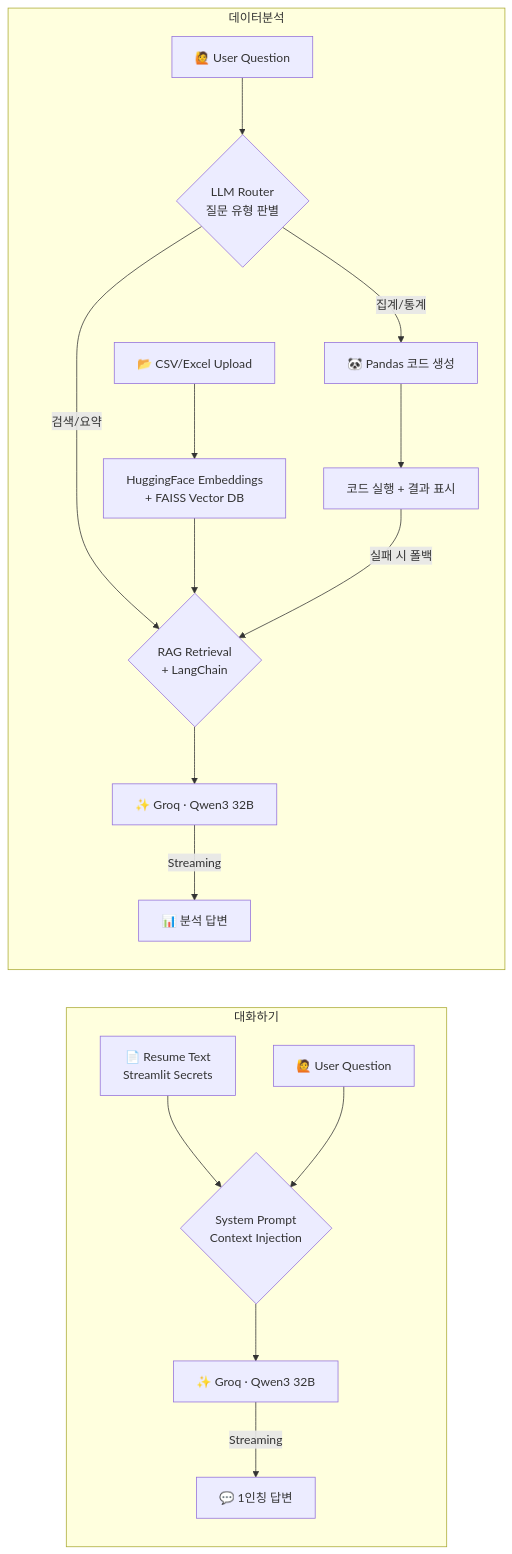
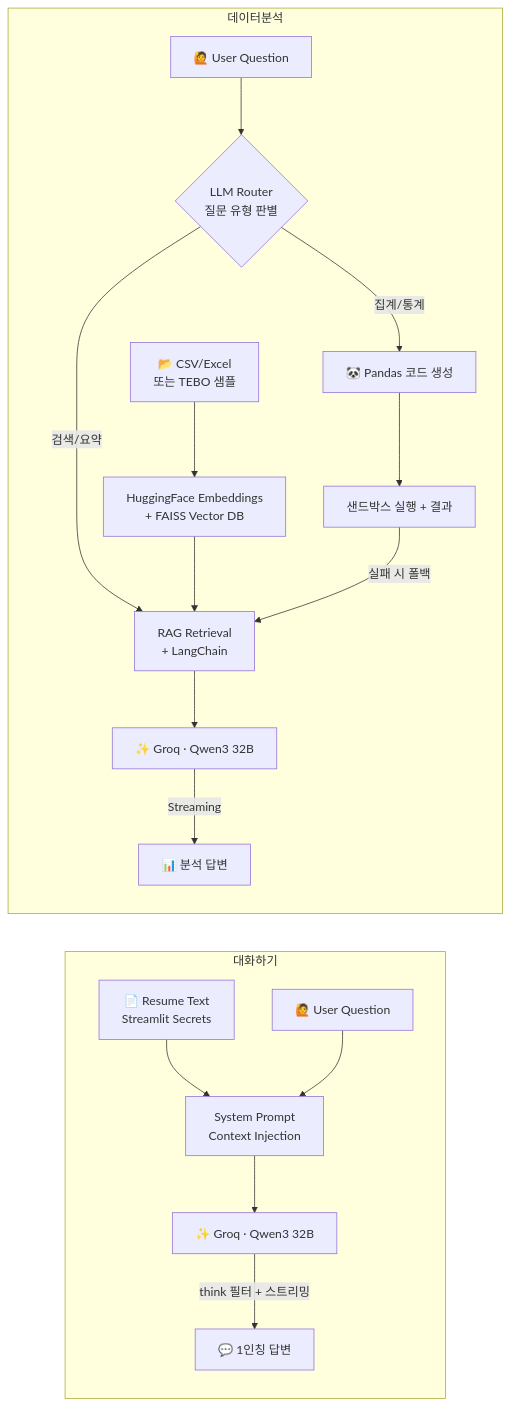
Before and after one commit to jisangfolio/jisangfolio: the diagram in README.md, drawn with Mermaid. The commit also changed other lines of this file, not shown here.

````diff
--- a/README.md
+++ b/README.md
@@ -45,21 +52,21 @@
 ```mermaid
 graph LR
     subgraph 대화하기
-        A[📄 Resume Text\nStreamlit Secrets] --> B{System Prompt\nContext Injection}
+        A[📄 Resume Text\nStreamlit Secrets] --> B[System Prompt\nContext Injection]
         C[🙋 User Question] --> B
         B --> D[✨ Groq · Qwen3 32B]
-        D -->|Streaming| E[💬 1인칭 답변]
+        D -->|think 필터 + 스트리밍| E[💬 1인칭 답변]
     end
 
     subgraph 데이터분석
-        F[📂 CSV/Excel Upload] --> G[HuggingFace Embeddings\n+ FAISS Vector DB]
+        F[📂 CSV/Excel\n또는 TEBO 샘플] --> G[HuggingFace Embeddings\n+ FAISS Vector DB]
         H[🙋 User Question] --> L{LLM Router\n질문 유형 판별}
         L -->|집계/통계| M[🐼 Pandas 코드 생성]
-        M --> N[코드 실행 + 결과 표시]
-        L -->|검색/요약| I{RAG Retrieval\n+ LangChain}
+        M --> N[샌드박스 실행 + 결과]
+        L -->|검색/요약| I[RAG Retrieval\n+ LangChain]
         G --> I
         I --> J[✨ Groq · Qwen3 32B]
         J -->|Streaming| K[📊 분석 답변]
         N -->|실패 시 폴백| I
     end
 ```
````
